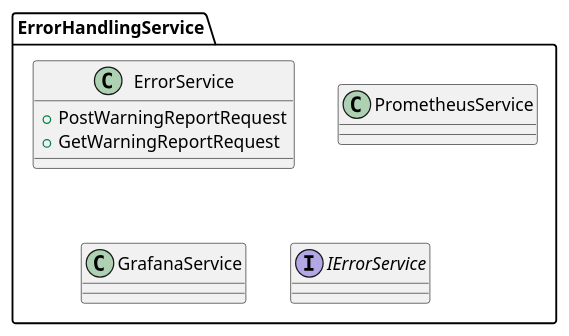
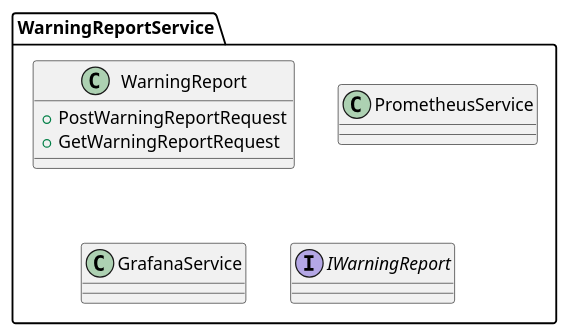
One commit to qingxuan-yang/errorhandling changed the diagram in UML/ErrorHandlingService.puml. Above: the diagram before and after it, drawn with PlantUML. The commit also changed 44 other files, not shown here.

```diff
--- a/UML/ErrorHandlingService.puml
+++ b/UML/ErrorHandlingService.puml
@@ -1,11 +1,11 @@
-package ErrorHandlingService{
-    class ErrorService{
+package WarningReportService{
+    class WarningReport{
         + PostWarningReportRequest
         + GetWarningReportRequest
     }
 
     class PrometheusService{}
 
     class GrafanaService{}
-    Interface IErrorService{}
+    Interface IWarningReport{}
 }
```
